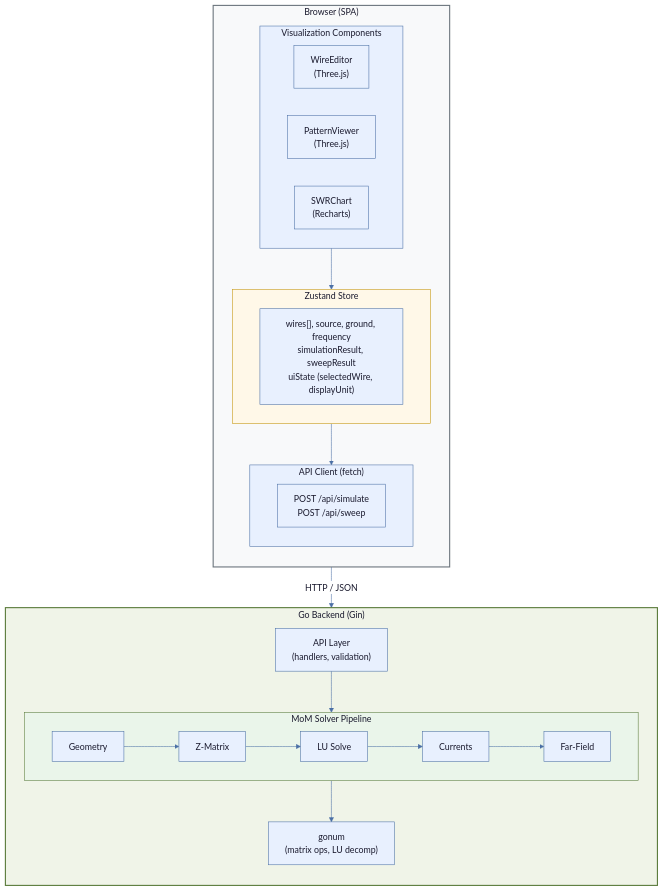
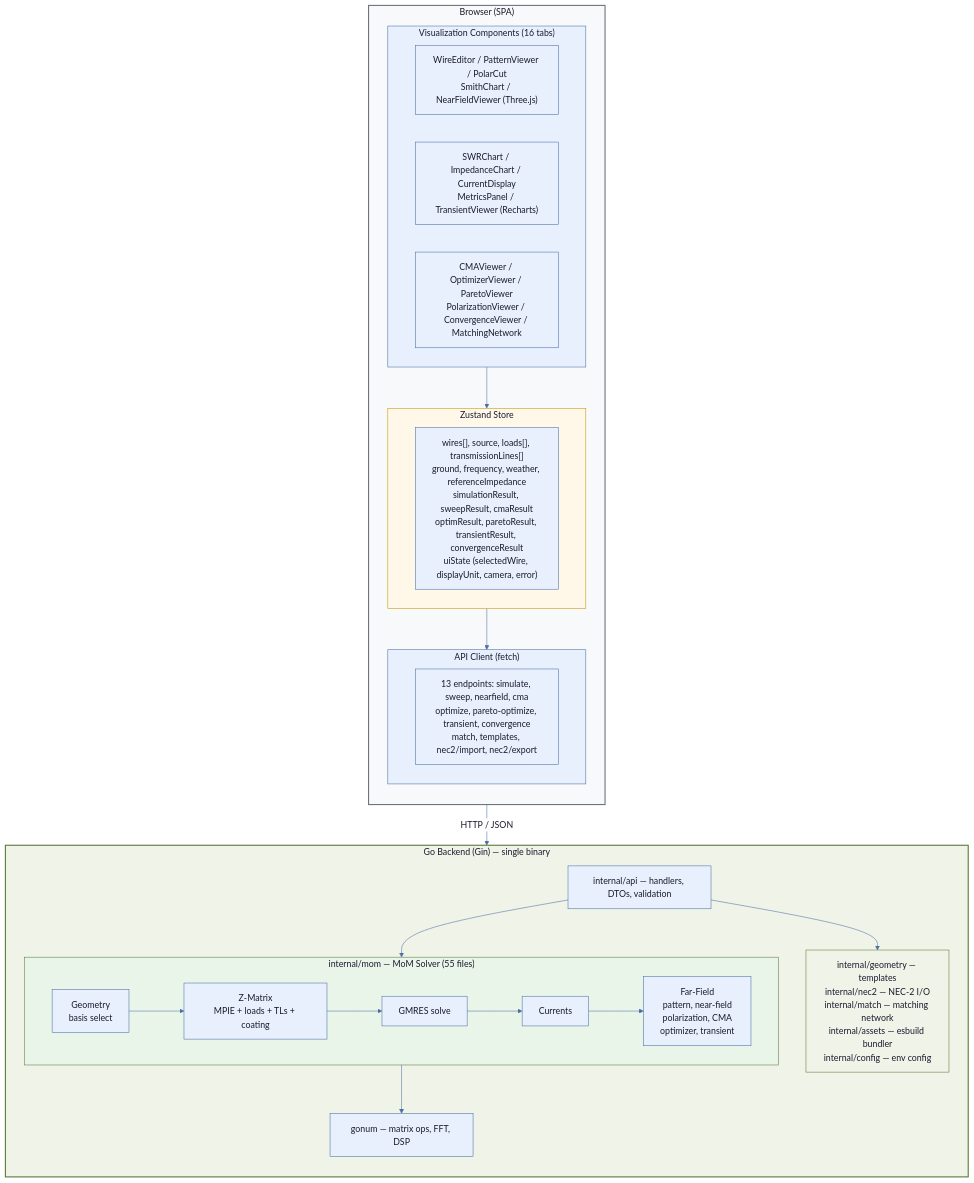
One commit to Sergio-Slobodrian/VE3KSM-Antenna-Studio changed the first of 2 diagrams in ARCHITECTURE.md. Above: the diagram before and after it, drawn with Mermaid. The commit also changed other lines of this file, not shown here.

Commit message:
Updated the architecture document.

````diff
--- a/ARCHITECTURE.md
+++ b/ARCHITECTURE.md
@@ -17,42 +19,46 @@
 ```mermaid
 %%{init: {'theme': 'base', 'themeVariables': {'primaryColor': '#e8f0fe', 'primaryTextColor': '#1a1a2e', 'primaryBorderColor': '#4a6fa5', 'lineColor': '#4a6fa5', 'secondaryColor': '#f0f4e8', 'tertiaryColor': '#fff8e8', 'background': '#ffffff', 'mainBkg': '#e8f0fe', 'nodeBorder': '#4a6fa5', 'clusterBkg': '#f8f9fa', 'clusterBorder': '#6c757d', 'titleColor': '#1a1a2e', 'edgeLabelBackground': '#ffffff'}}}%%
 graph TB
     subgraph Browser["Browser (SPA)"]
         direction TB
-        subgraph Views["Visualization Components"]
-            WE["WireEditor<br/>(Three.js)"]
-            PV["PatternViewer<br/>(Three.js)"]
-            SC["SWRChart<br/>(Recharts)"]
+        subgraph Views["Visualization Components (16 tabs)"]
+            WE["WireEditor / PatternViewer / PolarCut<br/>SmithChart / NearFieldViewer (Three.js)"]
+            CH["SWRChart / ImpedanceChart / CurrentDisplay<br/>MetricsPanel / TransientViewer (Recharts)"]
+            AV["CMAViewer / OptimizerViewer / ParetoViewer<br/>PolarizationViewer / ConvergenceViewer / MatchingNetwork"]
         end
         subgraph Store["Zustand Store"]
-            SD["wires[], source, ground, frequency<br/>simulationResult, sweepResult<br/>uiState (selectedWire, displayUnit)"]
+            SD["wires[], source, loads[], transmissionLines[]<br/>ground, frequency, weather, referenceImpedance<br/>simulationResult, sweepResult, cmaResult<br/>optimResult, paretoResult, transientResult, convergenceResult<br/>uiState (selectedWire, displayUnit, camera, error)"]
         end
-        subgraph API["API Client (fetch)"]
-            AC["POST /api/simulate<br/>POST /api/sweep"]
+        subgraph AC["API Client (fetch)"]
+            EP["13 endpoints: simulate, sweep, nearfield, cma<br/>optimize, pareto-optimize, transient, convergence<br/>match, templates, nec2/import, nec2/export"]
         end
         Views --> Store
-        Store --> API
+        Store --> AC
     end
 
-    API -->|"HTTP / JSON"| Backend
+    AC -->|"HTTP / JSON"| Backend
 
-    subgraph Backend["Go Backend (Gin)"]
+    subgraph Backend["Go Backend (Gin) — single binary"]
         direction TB
-        AL["API Layer<br/>(handlers, validation)"]
-        subgraph Solver["MoM Solver Pipeline"]
+        AL["internal/api — handlers, DTOs, validation"]
+        subgraph Solver["internal/mom — MoM Solver (55 files)"]
             direction LR
-            G["Geometry"] --> Z["Z-Matrix"] --> LU["LU Solve"]
-            LU --> C["Currents"] --> FF["Far-Field"]
+            G["Geometry<br/>basis select"] --> Z["Z-Matrix<br/>MPIE + loads + TLs + coating"]
+            Z --> GS["GMRES solve"]
+            GS --> C["Currents"] --> FF["Far-Field<br/>pattern, near-field<br/>polarization, CMA\noptimizer, transient"]
         end
-        GN["gonum<br/>(matrix ops, LU decomp)"]
+        PKG["internal/geometry — templates<br/>internal/nec2 — NEC-2 I/O<br/>internal/match — matching network<br/>internal/assets — esbuild bundler<br/>internal/config — env config"]
+        GN["gonum — matrix ops, FFT, DSP"]
         AL --> Solver
+        AL --> PKG
         Solver --> GN
     end
 
     style Browser fill:#f8f9fa,stroke:#6c757d,stroke-width:2px,color:#1a1a2e
     style Backend fill:#f0f4e8,stroke:#5a7a3a,stroke-width:2px,color:#1a1a2e
     style Views fill:#e8f0fe,stroke:#4a6fa5,color:#1a1a2e
     style Store fill:#fff8e8,stroke:#c4950a,color:#1a1a2e
-    style API fill:#e8f0fe,stroke:#4a6fa5,color:#1a1a2e
+    style AC fill:#e8f0fe,stroke:#4a6fa5,color:#1a1a2e
     style Solver fill:#eaf5ea,stroke:#5a7a3a,color:#1a1a2e
+    style PKG fill:#f0f4e8,stroke:#5a7a3a,color:#1a1a2e
 ```
````
